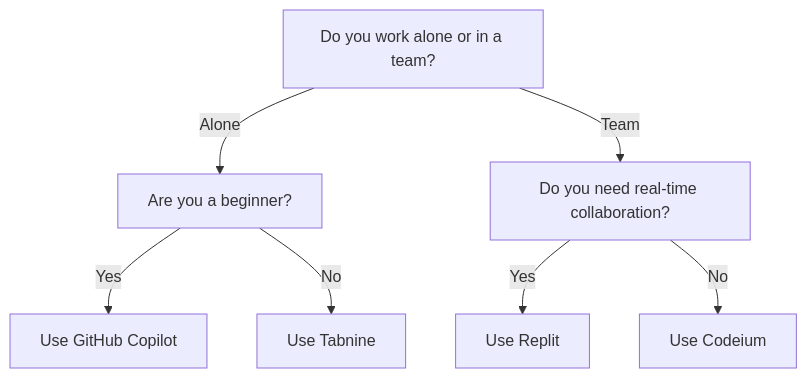
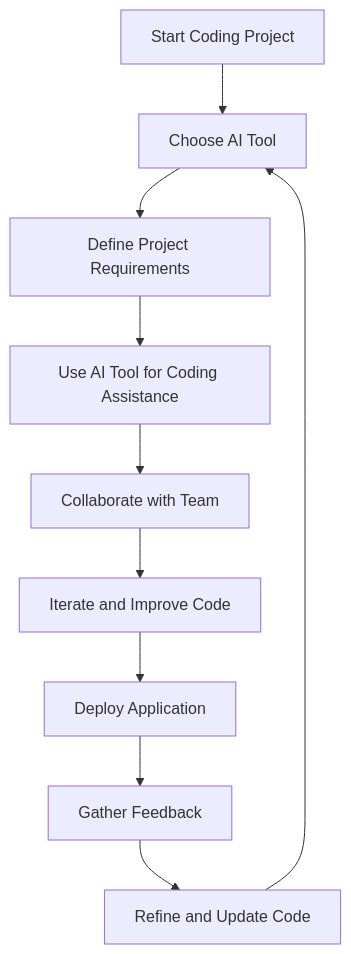
Before and after one commit to ai-tools-lab/ai-tools-lab.github.io: the diagram in content/posts/top-ai-coding-tools-for-developers-in-2026.md, drawn with Mermaid. The commit also changed other lines of this file and 34 other files, not shown here.

````diff
--- a/content/posts/top-ai-coding-tools-for-developers-in-2026.md
+++ b/content/posts/top-ai-coding-tools-for-developers-in-2026.md
@@ -149,9 +171,12 @@
 ```mermaid
 graph TD;
-    A[Do you work alone or in a team?] -->|Alone| B[Are you a beginner?]
-    A -->|Team| C[Do you need real-time collaboration?]
-    B -->|Yes| D[Use GitHub Copilot]
-    B -->|No| E[Use Tabnine]
-    C -->|Yes| F[Use Replit]
-    C -->|No| G[Use Codeium]
+    A[Start Coding Project] --> B[Choose AI Tool]
+    B --> C[Define Project Requirements]
+    C --> D[Use AI Tool for Coding Assistance]
+    D --> E[Collaborate with Team]
+    E --> F[Iterate and Improve Code]
+    F --> G[Deploy Application]
+    G --> H[Gather Feedback]
+    H --> I[Refine and Update Code]
+    I --> B
 ```
````
